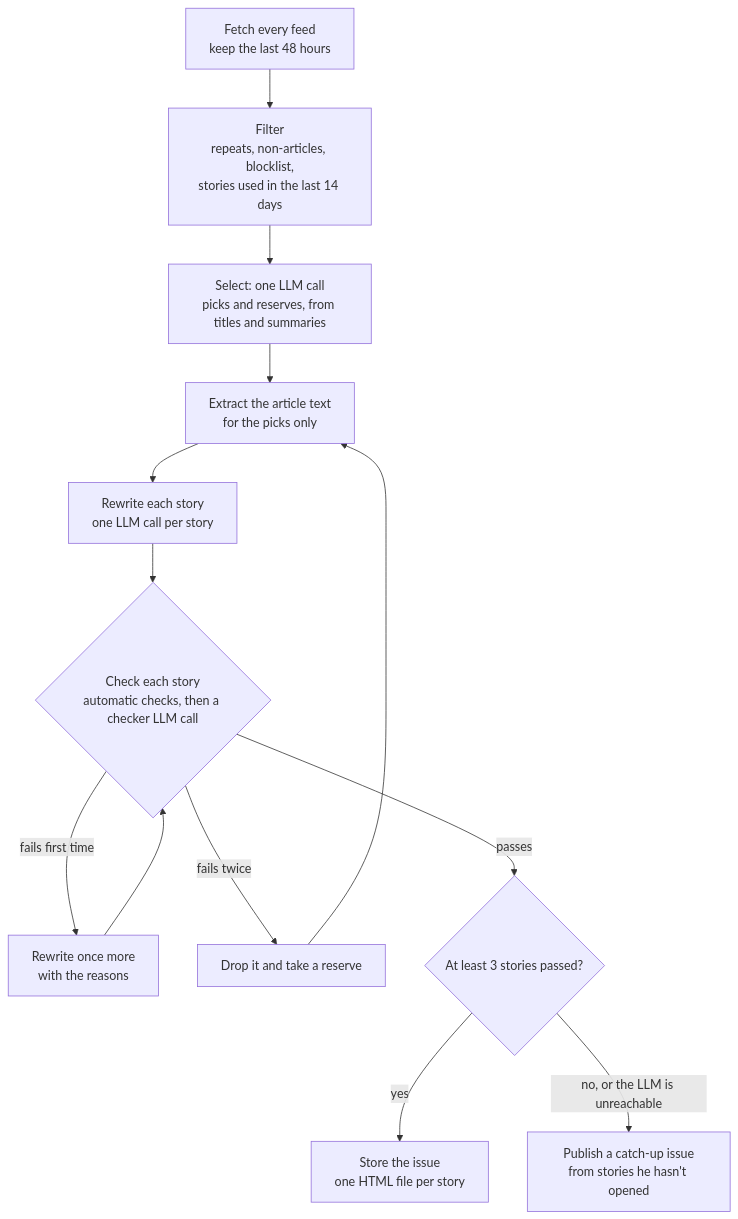
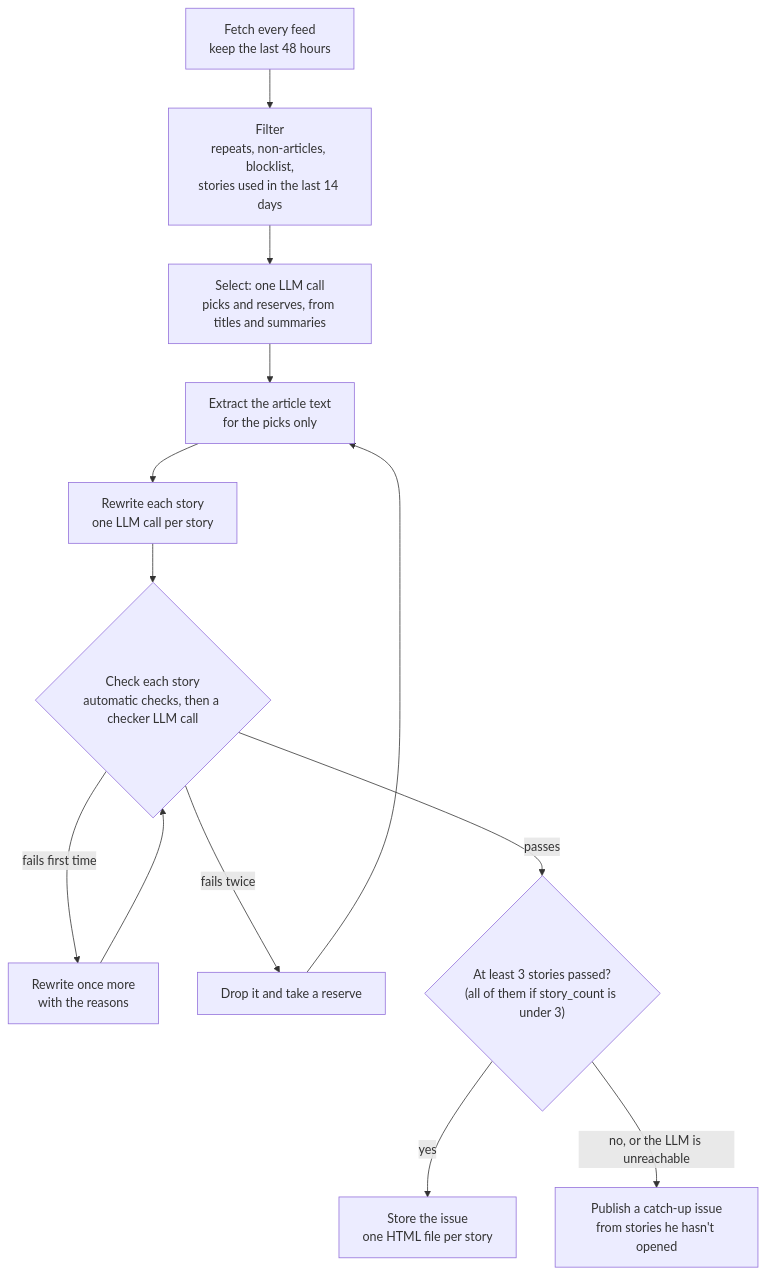
The first of 2 diagrams in docs/architecture.md (kris-g/early-edition-kids), drawn with Mermaid before and after one commit. The commit also changed 4 other files, not shown here.

````diff
--- a/docs/architecture.md
+++ b/docs/architecture.md
@@ -20,21 +20,21 @@
 ```mermaid
 flowchart TD
     fetch["Fetch every feed<br/>keep the last 48 hours"]
     filter["Filter<br/>repeats, non-articles, blocklist,<br/>stories used in the last 14 days"]
     select["Select: one LLM call<br/>picks and reserves, from titles and summaries"]
     extract["Extract the article text<br/>for the picks only"]
     rewrite["Rewrite each story<br/>one LLM call per story"]
     check{"Check each story<br/>automatic checks, then a checker LLM call"}
     retry["Rewrite once more<br/>with the reasons"]
     reserve["Drop it and take a reserve"]
-    enough{"At least 3 stories passed?"}
+    enough{"At least 3 stories passed?<br/>(all of them if story_count is under 3)"}
     store["Store the issue<br/>one HTML file per story"]
     fallback["Publish a catch-up issue<br/>from stories he hasn't opened"]
 
     fetch --> filter --> select --> extract --> rewrite --> check
     check -- "passes" --> enough
     check -- "fails first time" --> retry --> check
     check -- "fails twice" --> reserve --> extract
     enough -- "yes" --> store
     enough -- "no, or the LLM is unreachable" --> fallback
 ```
````
